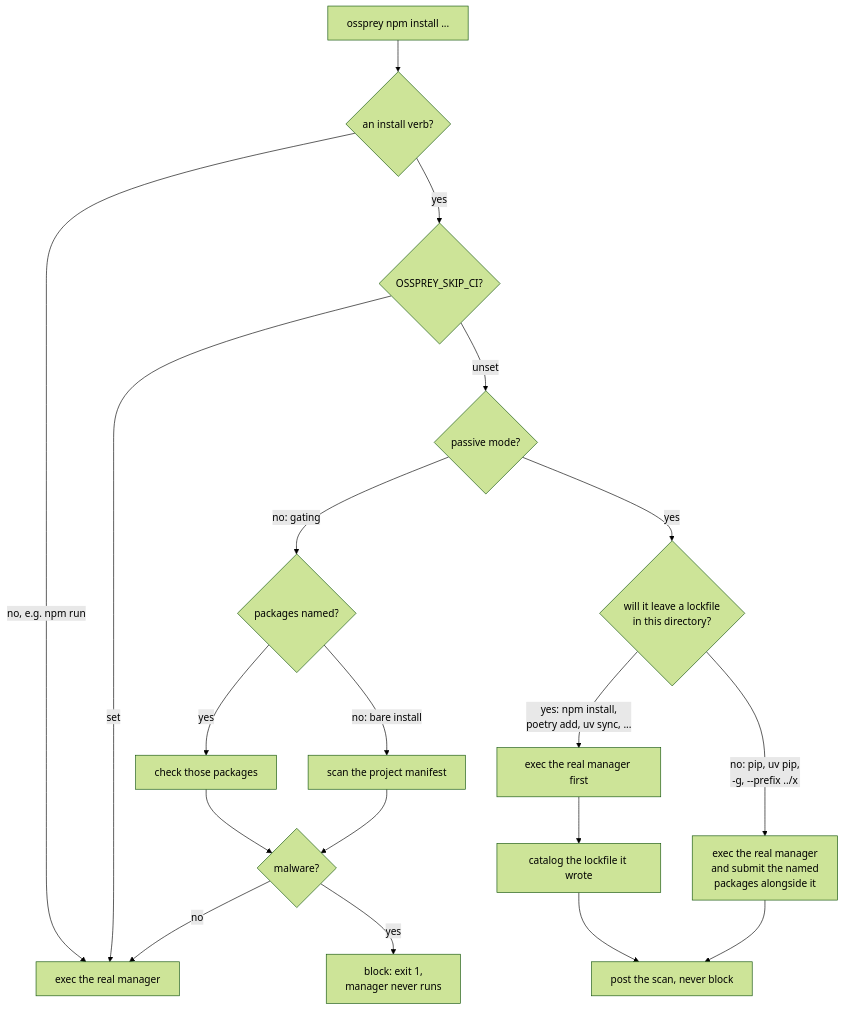
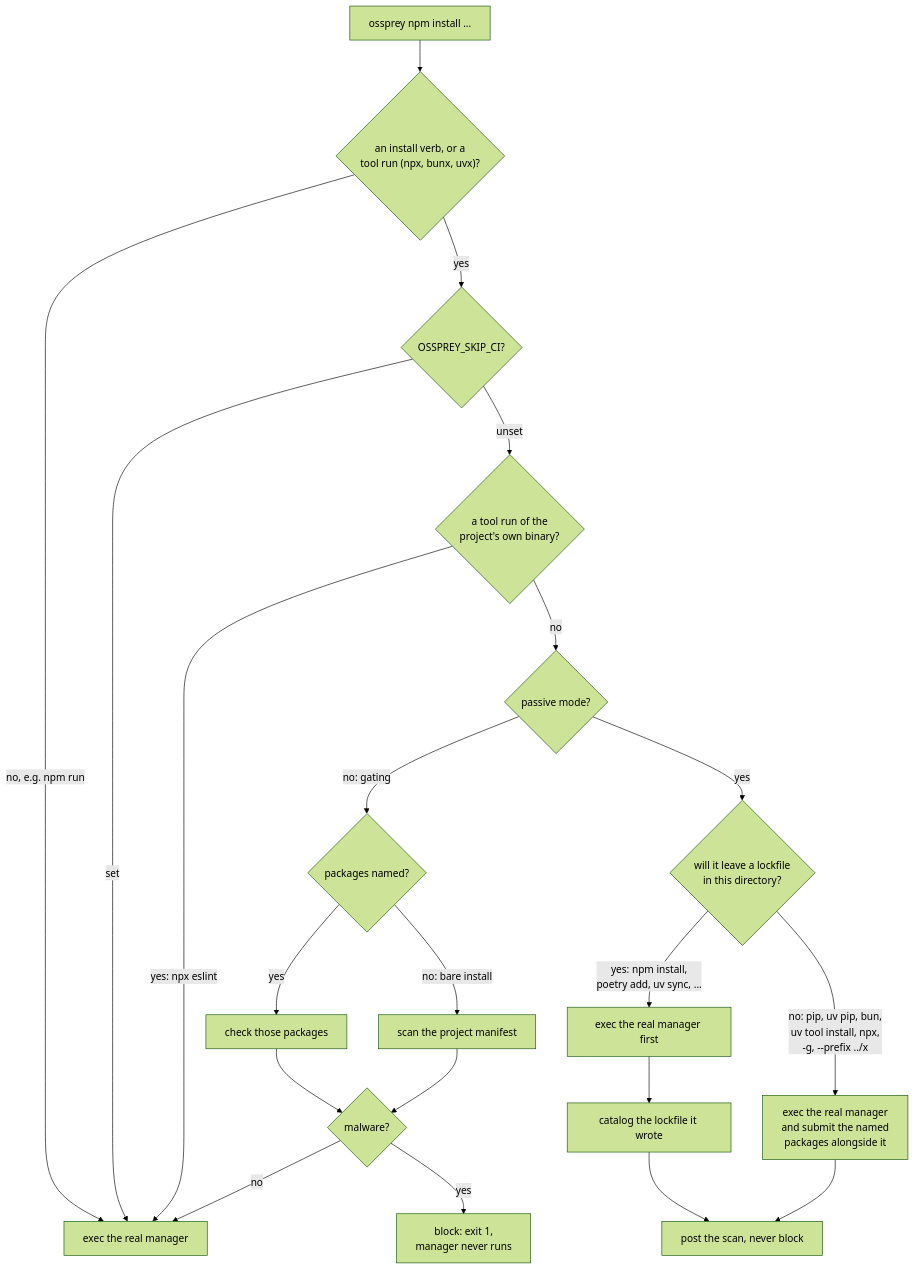
One commit to ossprey/ossprey-cli changed the second of 3 diagrams in docs/architecture.md. Above: the diagram before and after it, drawn with Mermaid (forest theme). The commit also changed other lines of this file and 13 other files, not shown here.

First line of the commit message:
feat(forwarder): Add support for uv tool install/run and uvx fetch-and-execute (#80)

````diff
--- a/docs/architecture.md
+++ b/docs/architecture.md
@@ -48,23 +48,25 @@
 ```mermaid
 flowchart TD
-    S["ossprey npm install ..."] --> T{"an install verb?"}
+    S["ossprey npm install ..."] --> T{"an install verb, or a<br/>tool run (npx, bunx, uvx)?"}
     T -- "no, e.g. npm run" --> U["exec the real manager"]
     T -- "yes" --> V{"OSSPREY_SKIP_CI?"}
     V -- "set" --> U
-    V -- "unset" --> W{"passive mode?"}
+    V -- "unset" --> L{"a tool run of the<br/>project's own binary?"}
+    L -- "yes: npx eslint" --> U
+    L -- "no" --> W{"passive mode?"}
 
     W -- "no: gating" --> X{"packages named?"}
     X -- "yes" --> Y["check those packages"]
     X -- "no: bare install" --> Z["scan the project manifest"]
     Y --> AA{"malware?"}
     Z --> AA
     AA -- "yes" --> AB["block: exit 1,<br/>manager never runs"]
     AA -- "no" --> U
 
     W -- "yes" --> AC{"will it leave a lockfile<br/>in this directory?"}
     AC -- "yes: npm install,<br/>poetry add, uv sync, ..." --> AD["exec the real manager first"]
     AD --> AE["catalog the lockfile it wrote"]
     AE --> AF["post the scan, never block"]
-    AC -- "no: pip, uv pip,<br/>-g, --prefix ../x" --> AG["exec the real manager<br/>and submit the named<br/>packages alongside it"]
+    AC -- "no: pip, uv pip, bun,<br/>uv tool install, npx,<br/>-g, --prefix ../x" --> AG["exec the real manager<br/>and submit the named<br/>packages alongside it"]
     AG --> AF
 ```
````
